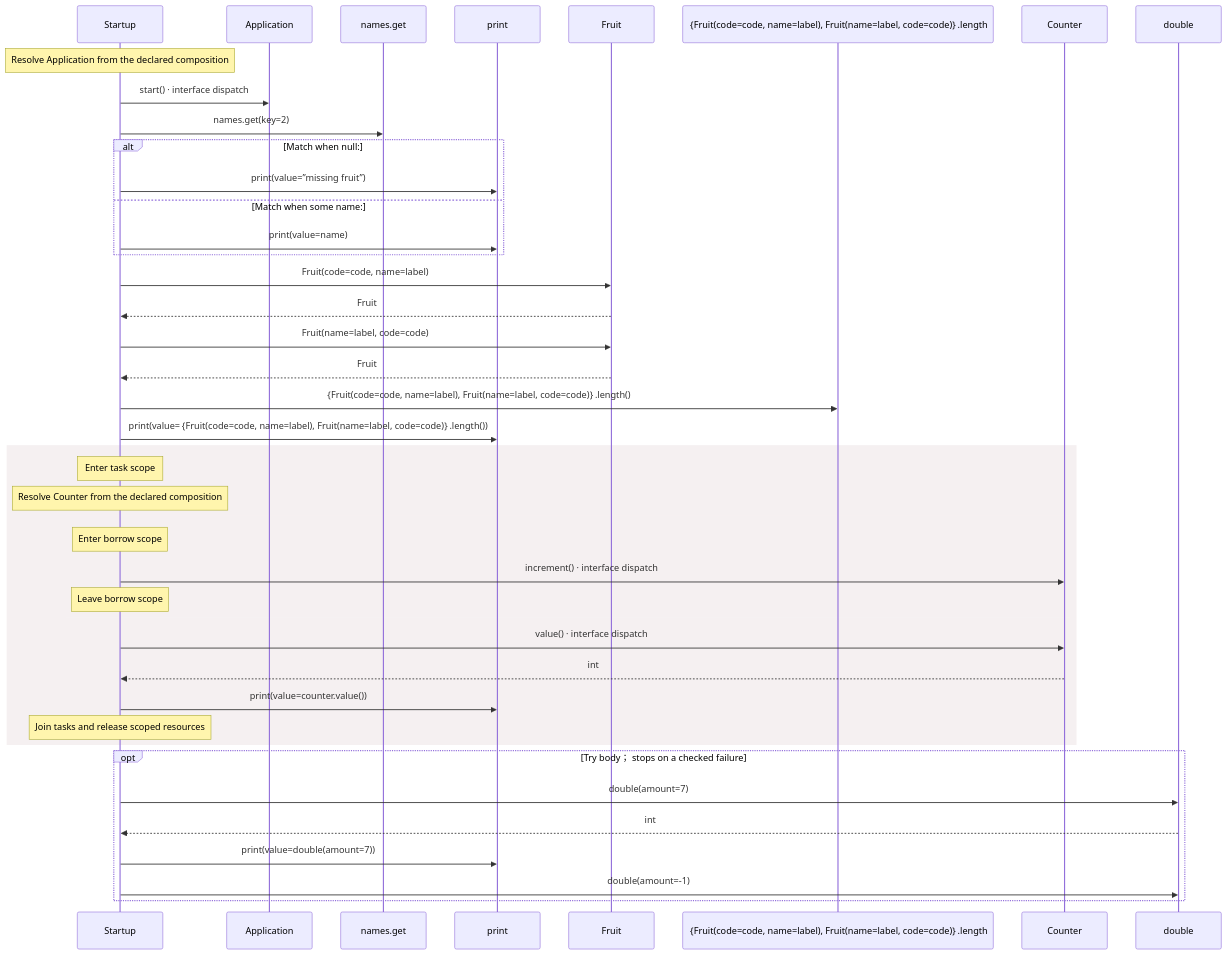
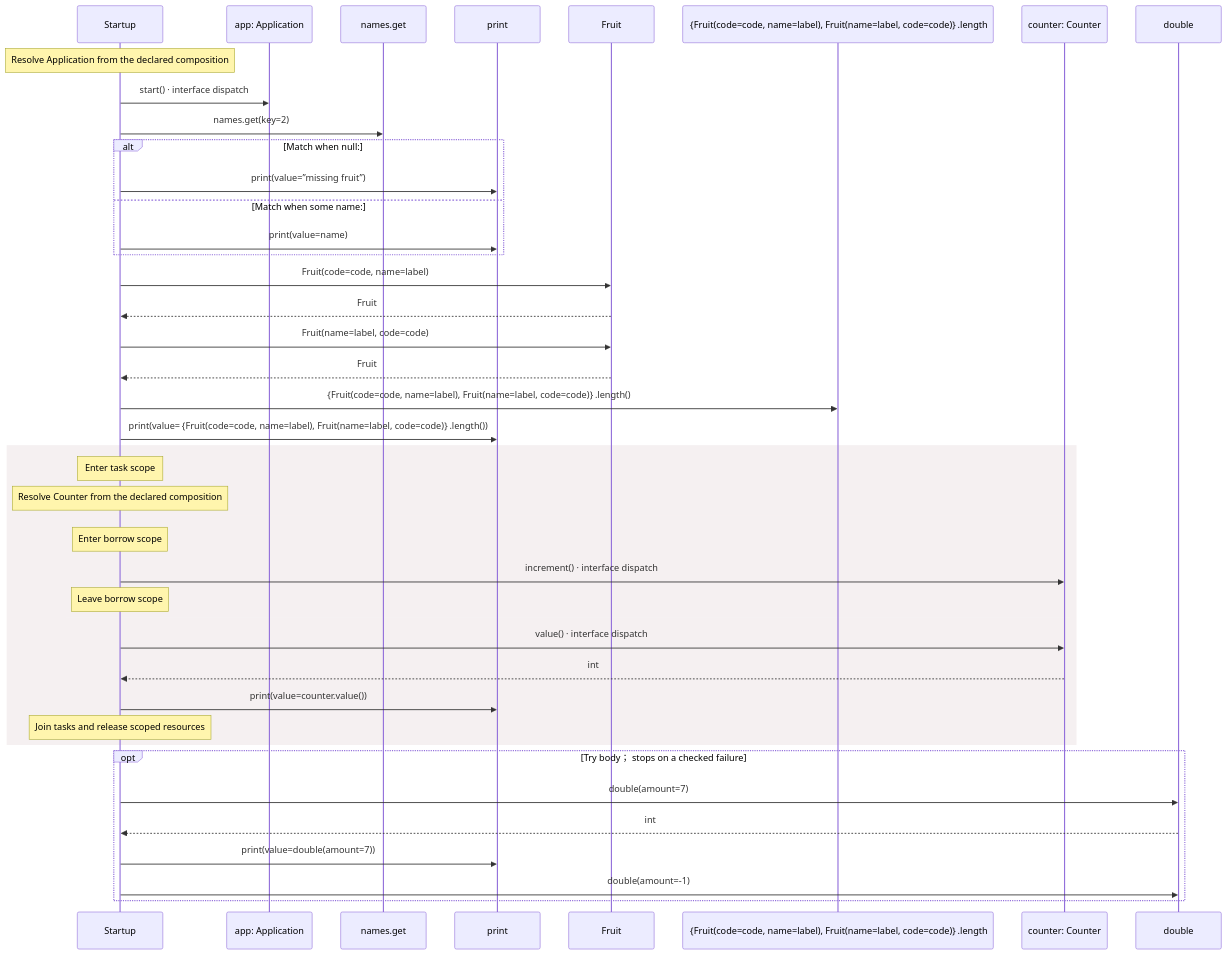
One commit to GreenPandaStudios/augscript changed the third of 4 diagrams in docs/examples/approved-design/main-diagrams.md. Above: the diagram before and after it, drawn with Mermaid. The commit also changed 102 other files, not shown here.

Commit message:
Keep named service receivers distinct in sequence data flow

````diff
--- a/docs/examples/approved-design/main-diagrams.md
+++ b/docs/examples/approved-design/main-diagrams.md
@@ -61,44 +61,44 @@
 ```mermaid
 sequenceDiagram
     participant p0 as Startup
-    participant p1 as Application
+    participant p1 as app: Application
     participant p2 as names.get
     participant p3 as print
     participant p4 as Fruit
     participant p5 as ｛Fruit(code=code, name=label), Fruit(name=label, code=code)｝.length
-    participant p6 as Counter
+    participant p6 as counter: Counter
     participant p7 as double
     Note over p0: Resolve Application from the declared composition
     p0->>p1: start() · interface dispatch
     p0->>p2: names.get(key=2)
     alt Match when null:
     p0->>p3: print(value=”missing fruit”)
     else Match when some name:
     p0->>p3: print(value=name)
     end
     p0->>p4: Fruit(code=code, name=label)
     p4-->>p0: Fruit
     p0->>p4: Fruit(name=label, code=code)
     p4-->>p0: Fruit
     p0->>p5: ｛Fruit(code=code, name=label), Fruit(name=label, code=code)｝.length()
     p0->>p3: print(value=｛Fruit(code=code, name=label), Fruit(name=label, code=code)｝.length())
     rect rgb(245, 240, 241)
     Note over p0: Enter task scope
     Note over p0: Resolve Counter from the declared composition
     rect rgb(245, 240, 241)
     Note over p0: Enter borrow scope
     p0->>p6: increment() · interface dispatch
     Note over p0: Leave borrow scope
     end
     p0->>p6: value() · interface dispatch
     p6-->>p0: int
     p0->>p3: print(value=counter.value())
     Note over p0: Join tasks and release scoped resources
     end
     opt Try body； stops on a checked failure
     p0->>p7: double(amount=7)
     p7-->>p0: int
     p0->>p3: print(value=double(amount=7))
     p0->>p7: double(amount=-1)
     end
 ```
````
